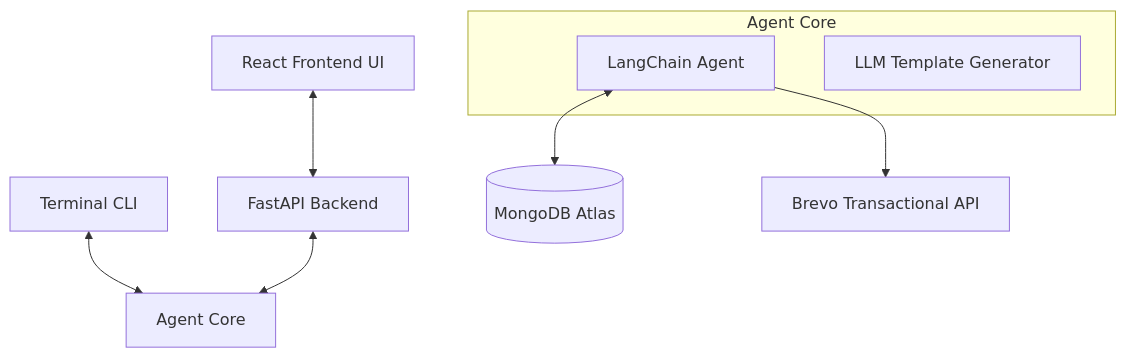
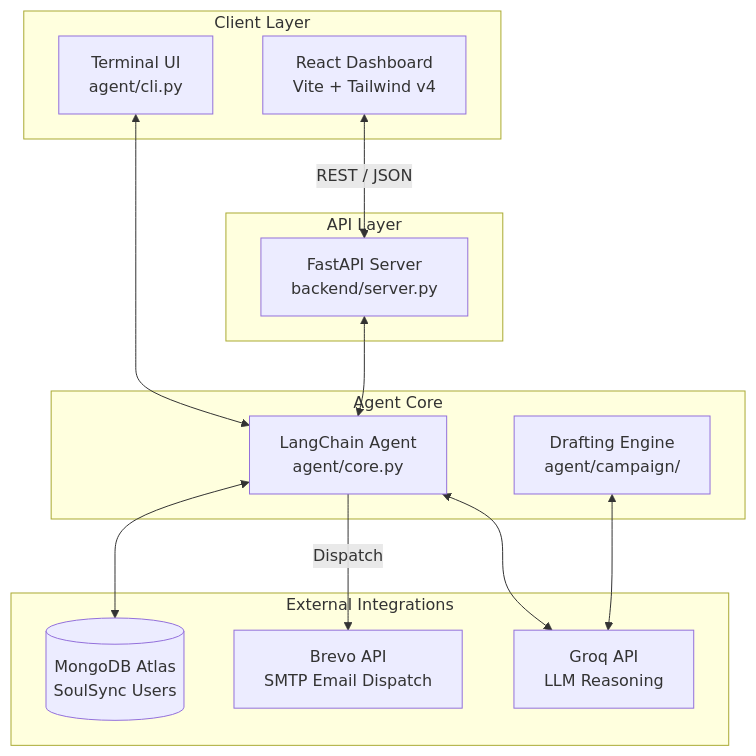
One commit to itslokeshx/Lookout changed the first of 2 diagrams in README.md. Above: the diagram before and after it, drawn with Mermaid. The commit also changed other lines of this file, not shown here.

Commit message:
docs: update architecture documentation with detailed system diagrams and execution flow charts

````diff
--- a/README.md
+++ b/README.md
@@ -37,14 +39,31 @@
 ```mermaid
 graph TD
-    UI[React Frontend UI] <--> API[FastAPI Backend]
-    CLI[Terminal CLI] <--> Agent[Agent Core]
-    API <--> Agent
-    
-    subgraph Agent Core
-        AgentBrain[LangChain Agent]
-        Drafting[LLM Template Generator]
+    subgraph Client Layer
+        UI[React Dashboard<br>Vite + Tailwind v4]
+        CLI[Terminal UI<br>agent/cli.py]
     end
     
-    AgentBrain <--> DB[(MongoDB Atlas)]
-    AgentBrain --> Email[Brevo Transactional API]
+    subgraph API Layer
+        FastAPI[FastAPI Server<br>backend/server.py]
+    end
+
+    subgraph Agent Core
+        Agent[LangChain Agent<br>agent/core.py]
+        Campaign[Drafting Engine<br>agent/campaign/]
+    end
+
+    subgraph External Integrations
+        MongoDB[(MongoDB Atlas<br>SoulSync Users)]
+        Brevo[Brevo API<br>SMTP Email Dispatch]
+        Groq[Groq API<br>LLM Reasoning]
+    end
+
+    UI <-->|REST / JSON| FastAPI
+    CLI <--> Agent
+    FastAPI <--> Agent
+    
+    Agent <--> Groq
+    Agent <--> MongoDB
+    Campaign <--> Groq
+    Agent -->|Dispatch| Brevo
 ```
````
